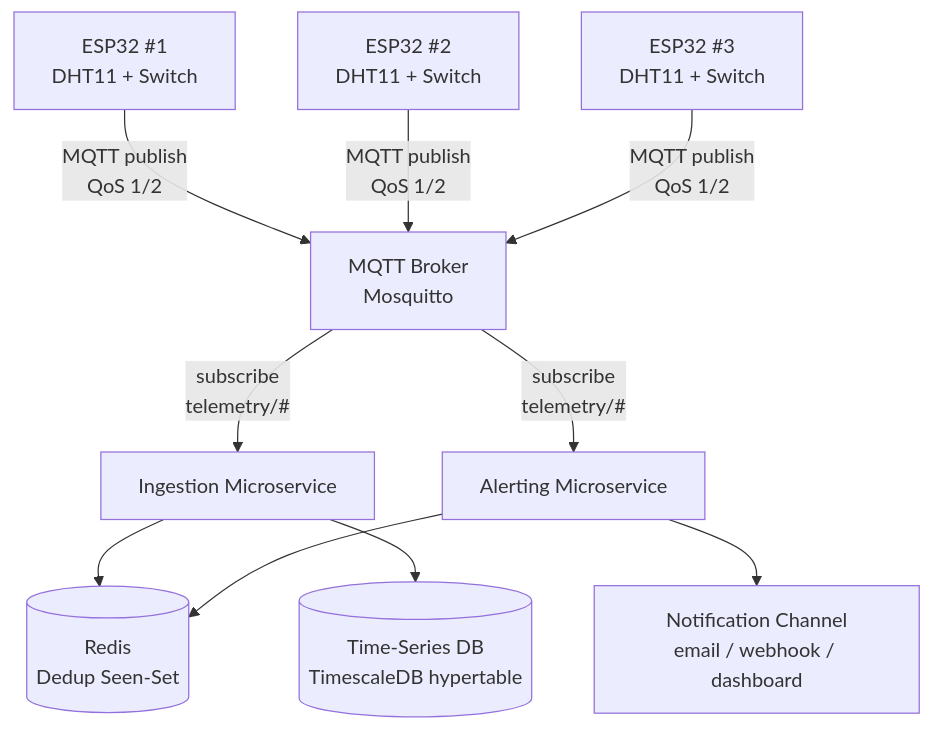
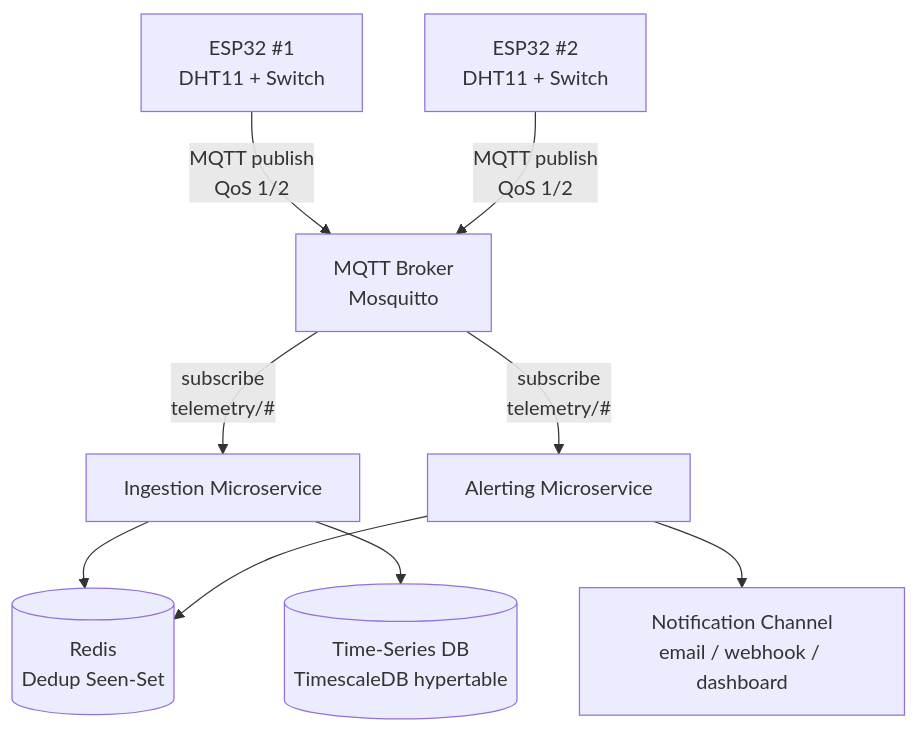
Before and after one commit to LukaIvekovic/iot-telemtry-processing: the first of 4 diagrams in architecture.md, drawn with Mermaid. The commit also changed other lines of this file and 6 other files, not shown here.

````diff
--- a/architecture.md
+++ b/architecture.md
@@ -5,15 +5,14 @@
 ```mermaid
 graph TD
     ESP1[ESP32 #1<br>DHT11 + Switch] -->|MQTT publish<br>QoS 1/2| Broker[MQTT Broker<br>Mosquitto]
     ESP2[ESP32 #2<br>DHT11 + Switch] -->|MQTT publish<br>QoS 1/2| Broker
-    ESP3[ESP32 #3<br>DHT11 + Switch] -->|MQTT publish<br>QoS 1/2| Broker
 
     Broker -->|subscribe<br>telemetry/#| Ingestion[Ingestion Microservice]
     Broker -->|subscribe<br>telemetry/#| Alerting[Alerting Microservice]
 
     Ingestion --> Redis[(Redis<br>Dedup Seen-Set)]
     Ingestion --> TSDB[(Time-Series DB<br>TimescaleDB hypertable)]
 
     Alerting --> Redis
     Alerting --> Notify[Notification Channel<br>email / webhook / dashboard]
 ```
````
